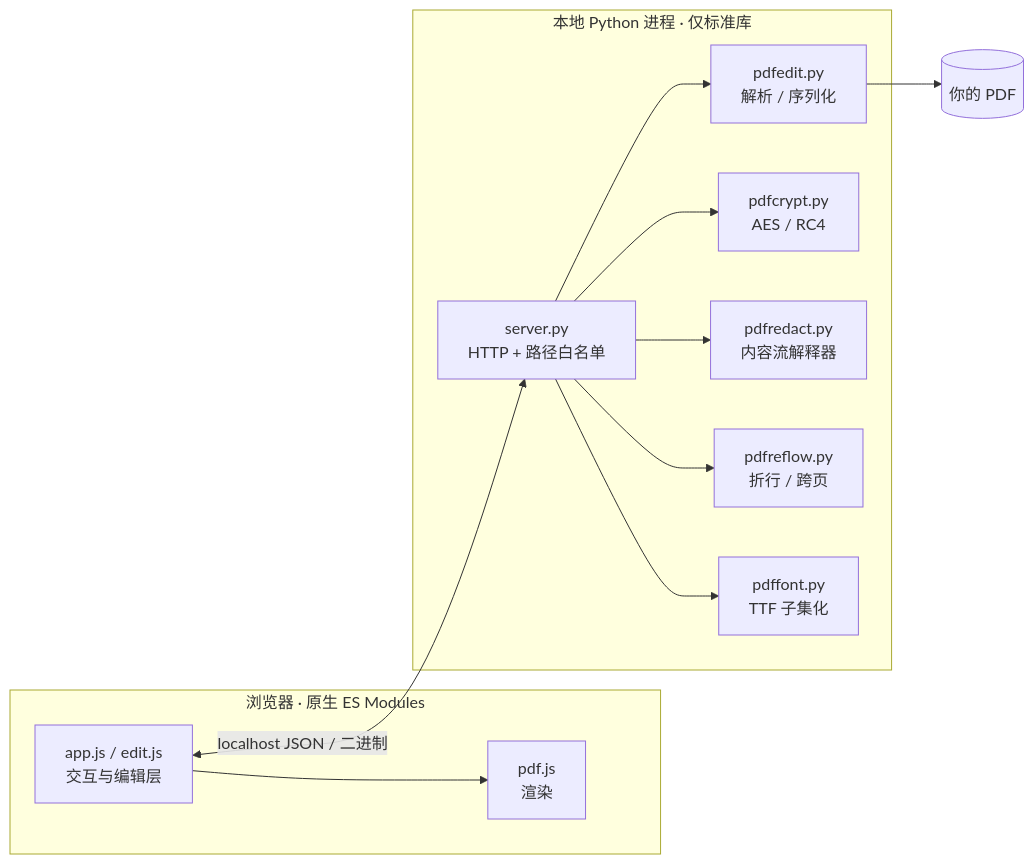
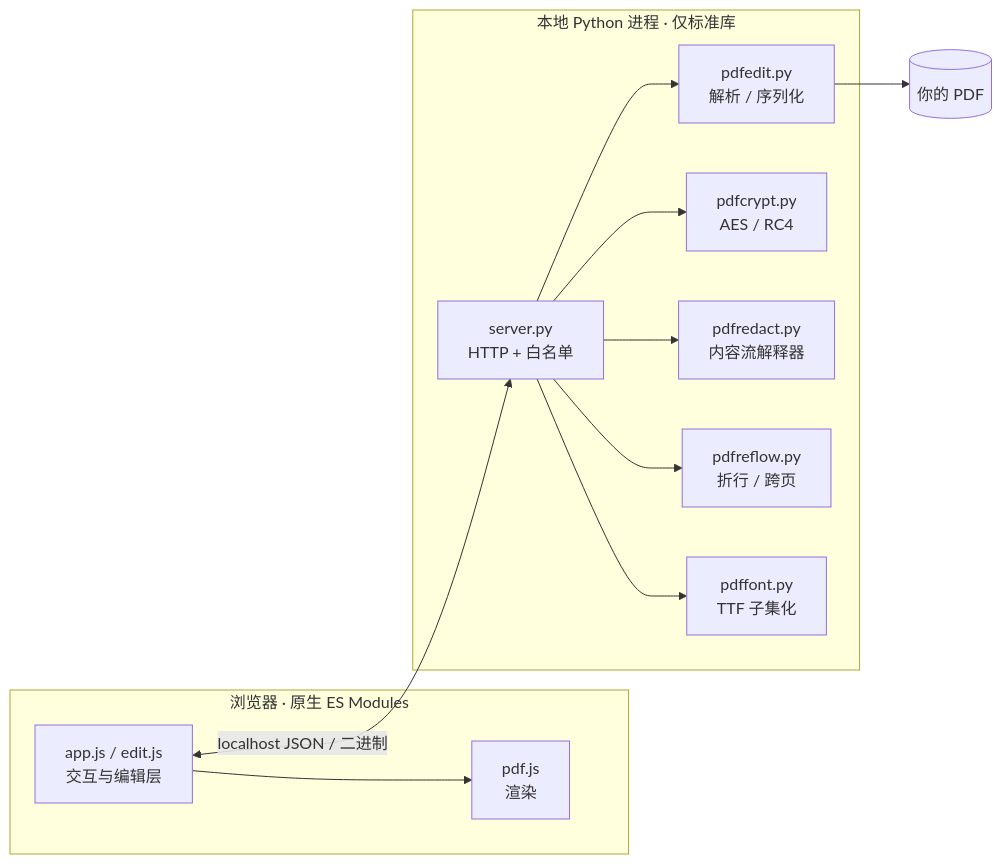
Before and after one commit to 1ZJYQWQ/PDF-editor: the diagram in README.md, drawn with Mermaid. The commit also changed 1 other file, not shown here.

Commit message:
README：架构图节点标签缩短

````diff
--- a/README.md
+++ b/README.md
@@ -171,19 +171,19 @@
 ```mermaid
 flowchart LR
     subgraph B["浏览器 · 原生 ES Modules"]
         UI["app.js / edit.js<br/>交互与编辑层"]
         PJ["pdf.js<br/>渲染"]
         UI --> PJ
     end
     subgraph P["本地 Python 进程 · 仅标准库"]
-        API["server.py<br/>HTTP + 路径白名单"]
+        API["server.py<br/>HTTP + 白名单"]
         EDIT["pdfedit.py<br/>解析 / 序列化"]
         CRYPT["pdfcrypt.py<br/>AES / RC4"]
         RED["pdfredact.py<br/>内容流解释器"]
         REF["pdfreflow.py<br/>折行 / 跨页"]
         FONT["pdffont.py<br/>TTF 子集化"]
     end
     UI <-->|"localhost JSON / 二进制"| API
     API --> EDIT & CRYPT & RED & REF & FONT
     EDIT --> F[("你的 PDF")]
 ```
````
